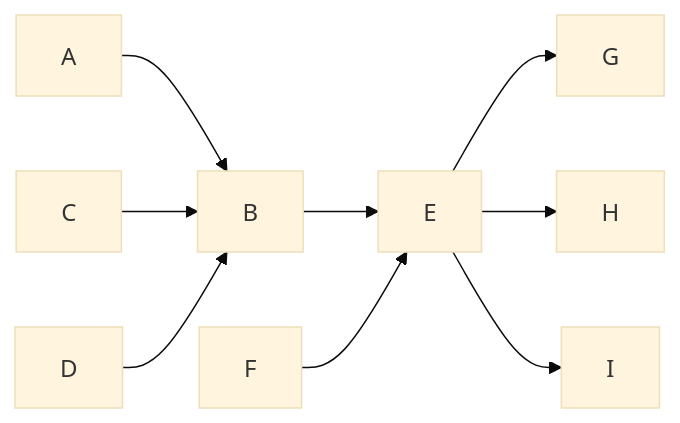
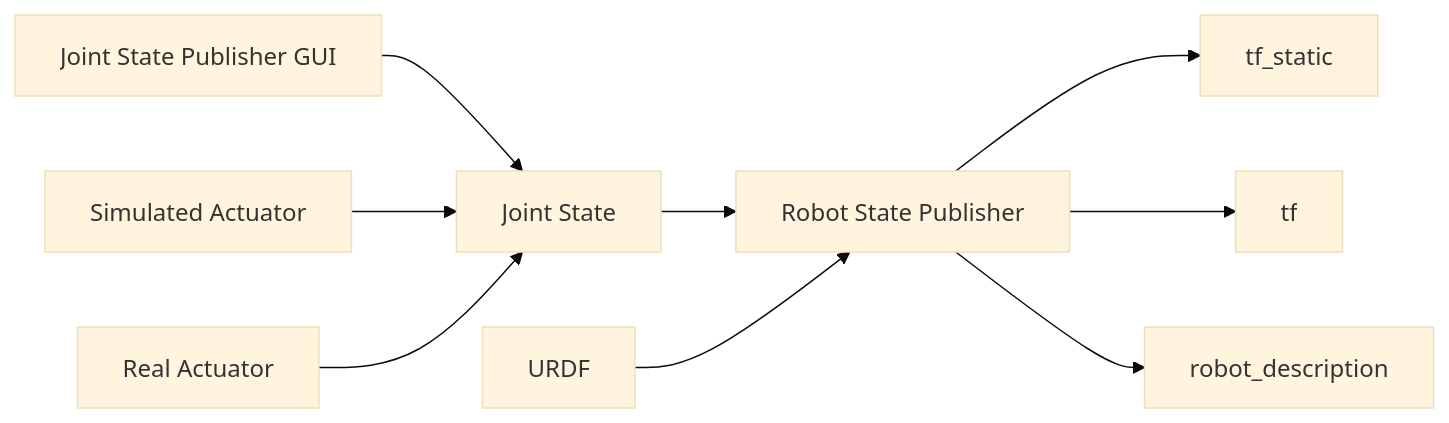
Before and after one commit to rishi18722/Rover-1: the diagram in README.md, drawn with Mermaid (base theme).

````diff
--- a/README.md
+++ b/README.md
@@ -3,11 +3,21 @@
 ```mermaid
 flowchart LR
- A --> B
+A --> B
 C --> B
 D --> B
 B --> E
 F --> E
 E --> G
 E --> H
 E --> I
+
+A[Joint State Publisher GUI]
+B[Joint State]
+C[Simulated Actuator]
+D[Real Actuator]
+E[Robot State Publisher]
+F[URDF]
+G[tf_static]
+H[tf]
+I[robot_description]
 ```
````
